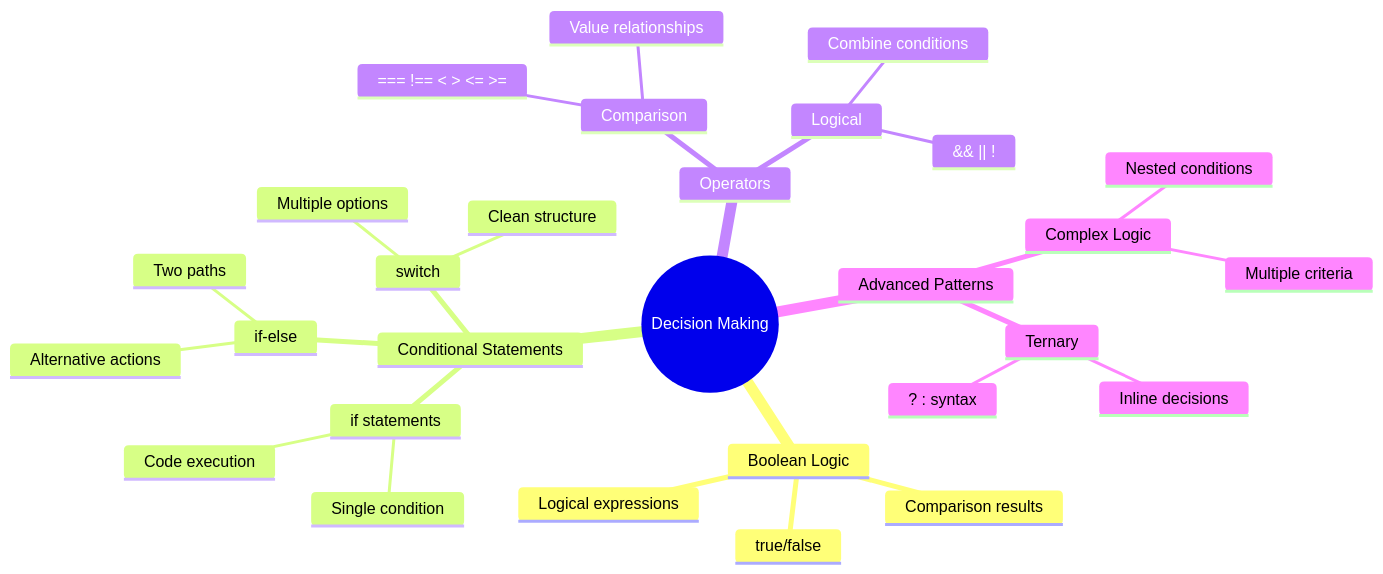
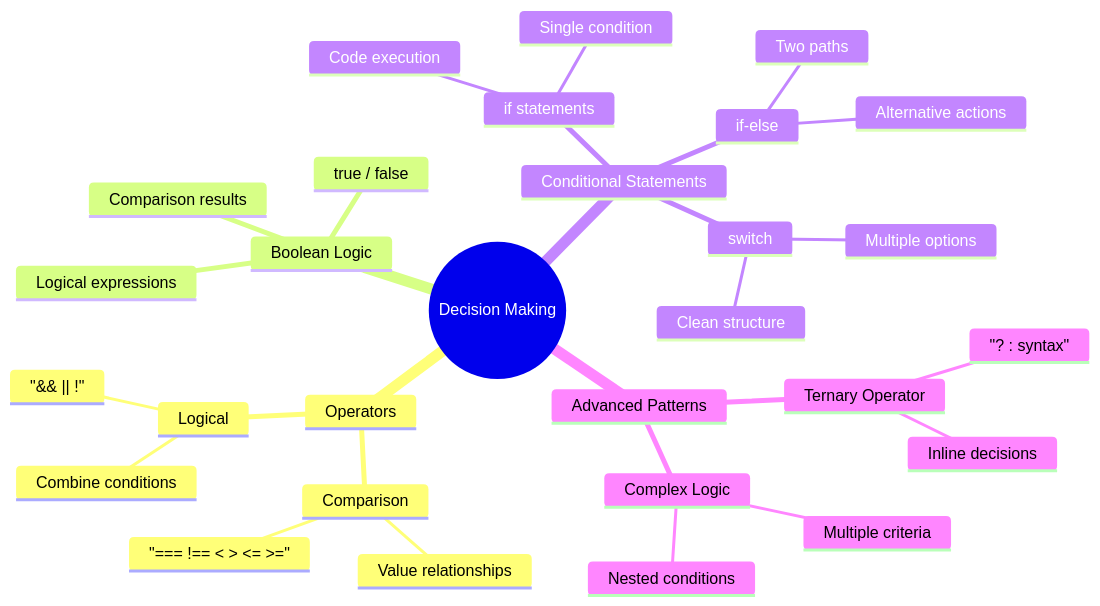
One commit to hyoshioka0128/Web-Dev-For-Beginners changed the second of 13 diagrams in translations/ja/2-js-basics/3-making-decisions/README.md. Above: the diagram before and after it, drawn with Mermaid.

Commit message:
Refine README.md for decision-making concepts
Updated formatting and terminology in the decision-making section.

````diff
--- a/translations/ja/2-js-basics/3-making-decisions/README.md
+++ b/translations/ja/2-js-basics/3-making-decisions/README.md
@@ -42,32 +42,32 @@
 ```mermaid
 mindmap
   root((Decision Making))
+    Operators
+      Comparison
+        "=== !== < > <= >="
+        Value relationships
+      Logical
+        "&& || !"
+        Combine conditions
     Boolean Logic
-      true/false
+      true / false
       Comparison results
       Logical expressions
     Conditional Statements
       if statements
         Single condition
         Code execution
       if-else
         Two paths
         Alternative actions
       switch
         Multiple options
         Clean structure
-    Operators
-      Comparison
-        === !== < > <= >=
-        Value relationships
-      Logical
-        && || !
-        Combine conditions
     Advanced Patterns
-      Ternary
-        ? : syntax
+      Ternary Operator
+        "? : syntax"
         Inline decisions
       Complex Logic
         Nested conditions
         Multiple criteria
 ```
````
